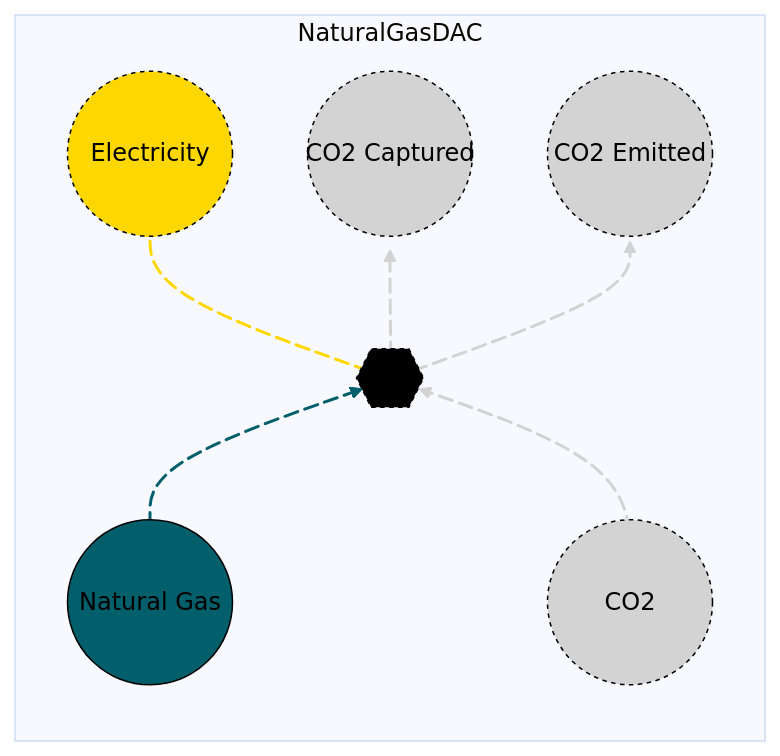
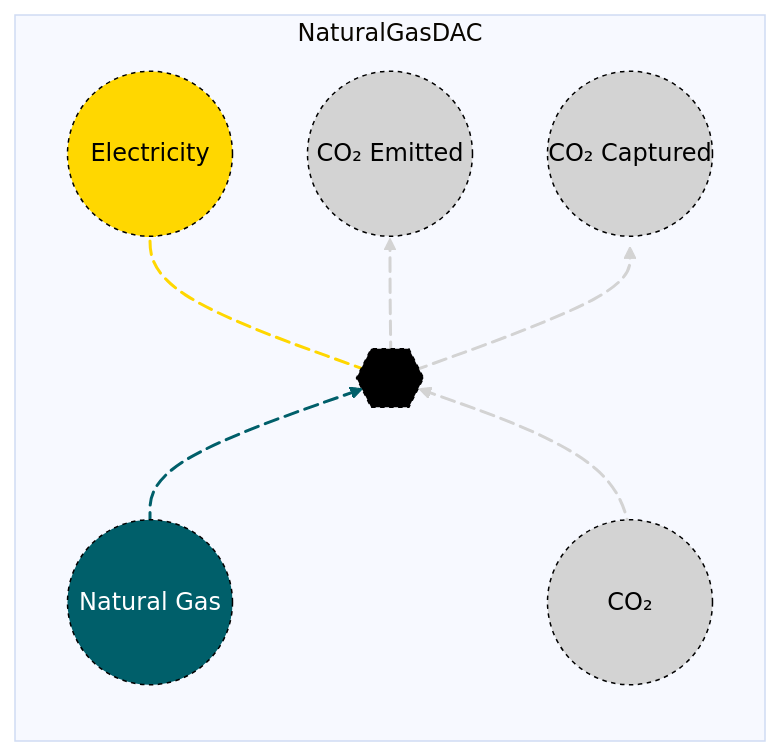
One commit to openmod-tracker/MacroEnergy.jl changed the diagram in docs/src/Manual/assets/natgasdaq.md. Above: the diagram before and after it, drawn with Mermaid. The commit also changed other lines of this file and 14 other files, not shown here.

````diff
--- a/docs/src/Manual/assets/natgasdaq.md
+++ b/docs/src/Manual/assets/natgasdaq.md
@@ -24,30 +24,30 @@
 ```mermaid
 %%{init: {'theme': 'base', 'themeVariables': { 'background': '#D1EBDE' }}}%%
 flowchart LR
   subgraph NaturalGasDAC
     direction BT
     A((Natural Gas)) e1@--> C{{..}}
-    B((CO2)) e2@--> C{{..}}
+    B((CO₂)) e2@--> C{{..}}
     C{{..}} e3@--> D((Electricity))
-    C{{..}} e4@--> E((CO2 Captured))
-    C{{..}} e5@--> F((CO2 Emitted))
+    C{{..}} e4@--> E((CO₂ Emitted))
+    C{{..}} e5@--> F((CO₂ Captured))
     e1@{ animate: true }
     e2@{ animate: true }
     e3@{ animate: true }
     e4@{ animate: true }
     e5@{ animate: true }
   end
   
-    style A r:55px,fill:#005F6A,stroke:black,color:black;
+    style A r:55px,fill:#005F6A,stroke:black,color:white, stroke-dasharray: 3,5;
     style B r:55px,fill:lightgray,stroke:black,color:black, stroke-dasharray: 3,5;
     style C r:55px,fill:black,stroke:black,color:black, stroke-dasharray: 3,5;
     style D r:55px,fill:#FFD700,stroke:black,color:black, stroke-dasharray: 3,5;
     style E r:55px,fill:lightgray,stroke:black,color:black, stroke-dasharray: 3,5;
     style F r:55px,fill:lightgray,stroke:black,color:black, stroke-dasharray: 3,5;
 
     linkStyle 0 stroke:#005F6A, stroke-width: 2px;
     linkStyle 1 stroke:lightgray, stroke-width: 2px;
     linkStyle 2 stroke:#FFD700, stroke-width: 2px;
     linkStyle 3 stroke:lightgray, stroke-width: 2px;
     linkStyle 4 stroke:lightgray, stroke-width: 2px;
 ```
````
